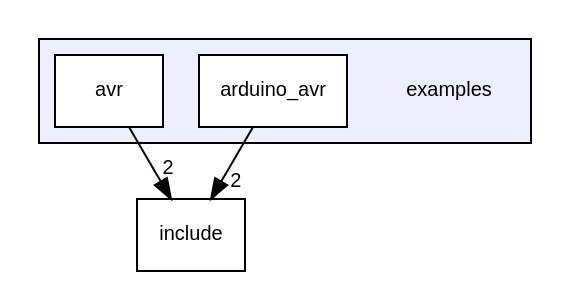
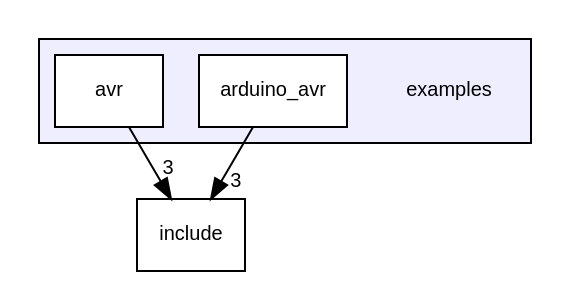
The diagram in docs/dir_d28a4824dc47e487b107a5db32ef43c4_dep.dot (CTXz/TinyWS2812), drawn with Graphviz before and after one commit. The commit also changed 99 other files, not shown here.

```diff
--- a/docs/dir_d28a4824dc47e487b107a5db32ef43c4_dep.dot
+++ b/docs/dir_d28a4824dc47e487b107a5db32ef43c4_dep.dot
@@ -1,14 +1,14 @@
 digraph "examples" {
   compound=true
   node [ fontsize="10", fontname="Helvetica"];
   edge [ labelfontsize="10", labelfontname="Helvetica"];
   subgraph clusterdir_d28a4824dc47e487b107a5db32ef43c4 {
     graph [ bgcolor="#eeeeff", pencolor="black", label="" URL="dir_d28a4824dc47e487b107a5db32ef43c4.html"];
     dir_d28a4824dc47e487b107a5db32ef43c4 [shape=plaintext label="examples"];
     dir_03d0435b9536f16a60e5ac83d122b10a [shape=box label="arduino_avr" color="black" fillcolor="white" style="filled" URL="dir_03d0435b9536f16a60e5ac83d122b10a.html"];
     dir_dcc73ae8d9017409f9960a071b395d53 [shape=box label="avr" color="black" fillcolor="white" style="filled" URL="dir_dcc73ae8d9017409f9960a071b395d53.html"];
   }
   dir_d44c64559bbebec7f509842c48db8b23 [shape=box label="include" URL="dir_d44c64559bbebec7f509842c48db8b23.html"];
-  dir_dcc73ae8d9017409f9960a071b395d53->dir_d44c64559bbebec7f509842c48db8b23 [headlabel="2", labeldistance=1.5 headhref="dir_000002_000003.html"];
-  dir_03d0435b9536f16a60e5ac83d122b10a->dir_d44c64559bbebec7f509842c48db8b23 [headlabel="2", labeldistance=1.5 headhref="dir_000001_000003.html"];
+  dir_dcc73ae8d9017409f9960a071b395d53->dir_d44c64559bbebec7f509842c48db8b23 [headlabel="3", labeldistance=1.5 headhref="dir_000002_000003.html"];
+  dir_03d0435b9536f16a60e5ac83d122b10a->dir_d44c64559bbebec7f509842c48db8b23 [headlabel="3", labeldistance=1.5 headhref="dir_000001_000003.html"];
 }
```
